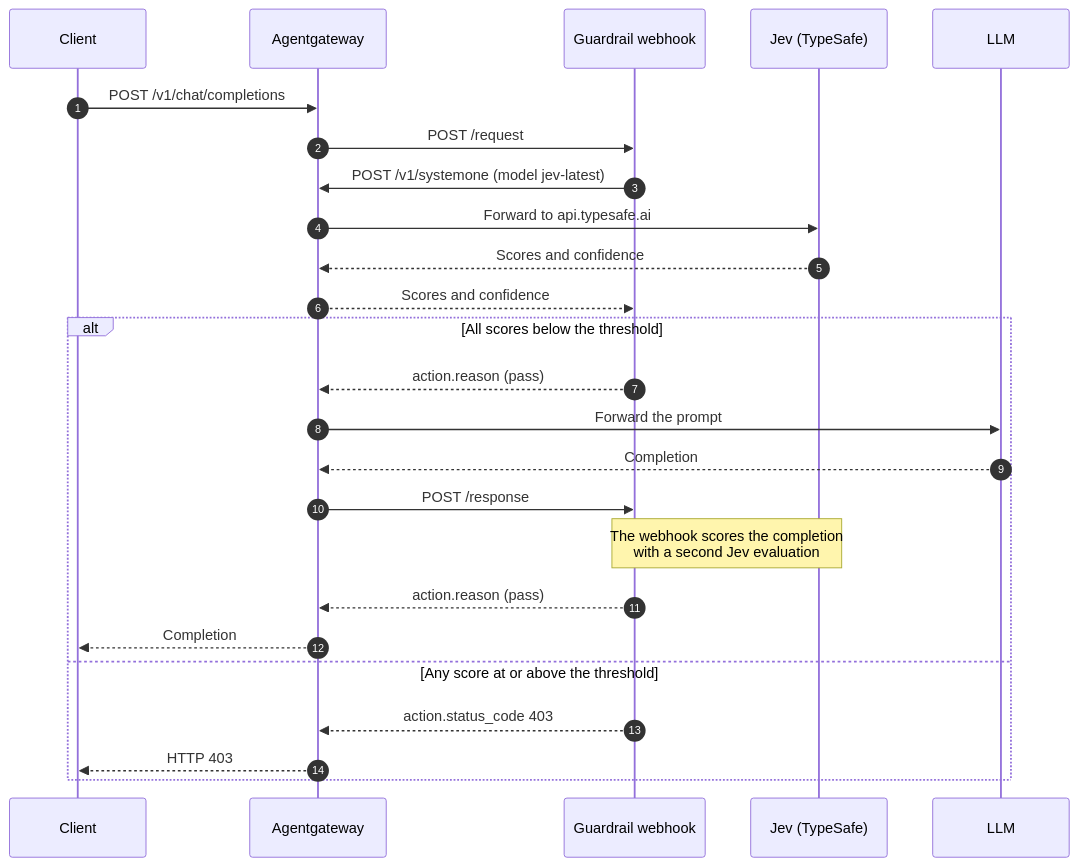
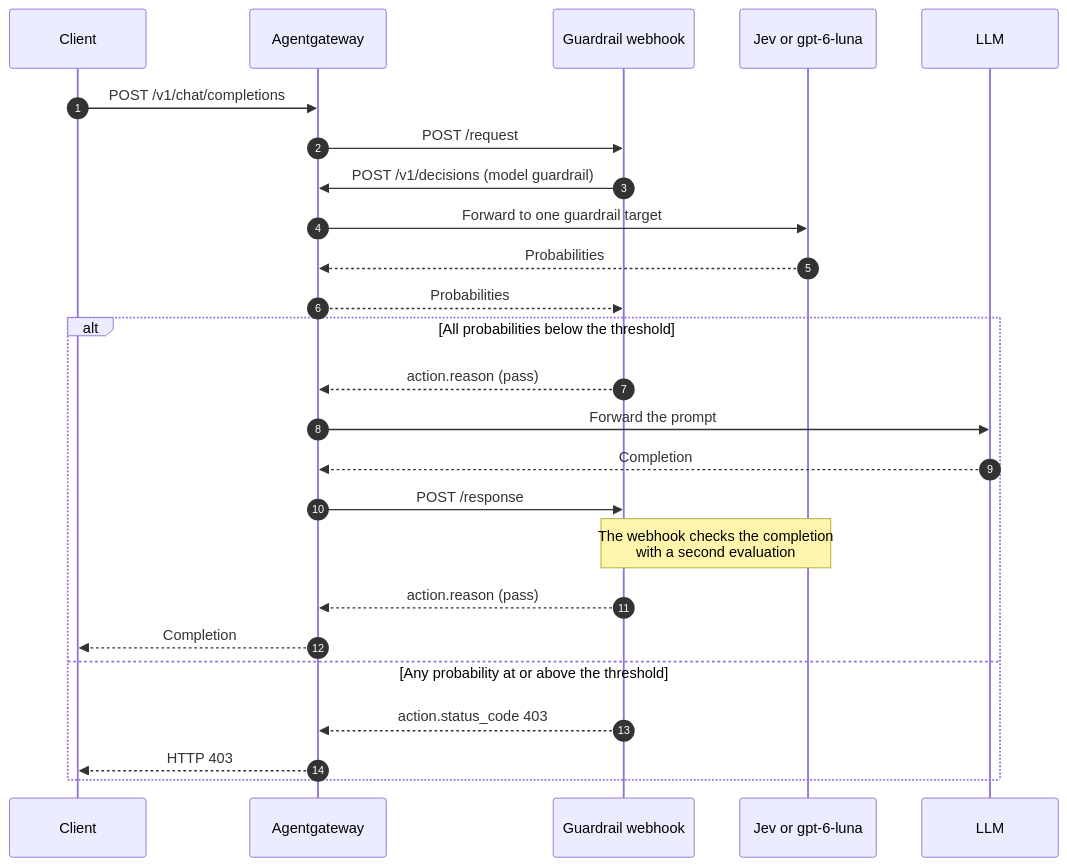
One commit to agentgateway/website changed the diagram in content/docs/standalone/main/integrations/llm/guardrails/jev.md. Above: the diagram before and after it, drawn with Mermaid. The commit also changed other lines of this file and 1 other file, not shown here.

Commit message:
Jev example revisions

````diff
--- a/content/docs/standalone/main/integrations/llm/guardrails/jev.md
+++ b/content/docs/standalone/main/integrations/llm/guardrails/jev.md
@@ -28,28 +28,28 @@
 ```mermaid
 sequenceDiagram
     autonumber
     participant Client
     participant Gateway as Agentgateway
     participant Webhook as Guardrail webhook
-    participant Jev as Jev (TypeSafe)
+    participant Evaluator as Jev or gpt-6-luna
     participant LLM
 
     Client->>Gateway: POST /v1/chat/completions
     Gateway->>Webhook: POST /request
-    Webhook->>Gateway: POST /v1/systemone (model jev-latest)
-    Gateway->>Jev: Forward to api.typesafe.ai
-    Jev-->>Gateway: Scores and confidence
-    Gateway-->>Webhook: Scores and confidence
-    alt All scores below the threshold
+    Webhook->>Gateway: POST /v1/decisions (model guardrail)
+    Gateway->>Evaluator: Forward to one guardrail target
+    Evaluator-->>Gateway: Probabilities
+    Gateway-->>Webhook: Probabilities
+    alt All probabilities below the threshold
         Webhook-->>Gateway: action.reason (pass)
         Gateway->>LLM: Forward the prompt
         LLM-->>Gateway: Completion
         Gateway->>Webhook: POST /response
-        Note over Webhook,Jev: The webhook scores the completion<br/>with a second Jev evaluation
+        Note over Webhook,Evaluator: The webhook checks the completion<br/>with a second evaluation
         Webhook-->>Gateway: action.reason (pass)
         Gateway-->>Client: Completion
-    else Any score at or above the threshold
+    else Any probability at or above the threshold
         Webhook-->>Gateway: action.status_code 403
         Gateway-->>Client: HTTP 403
     end
 ```
````
